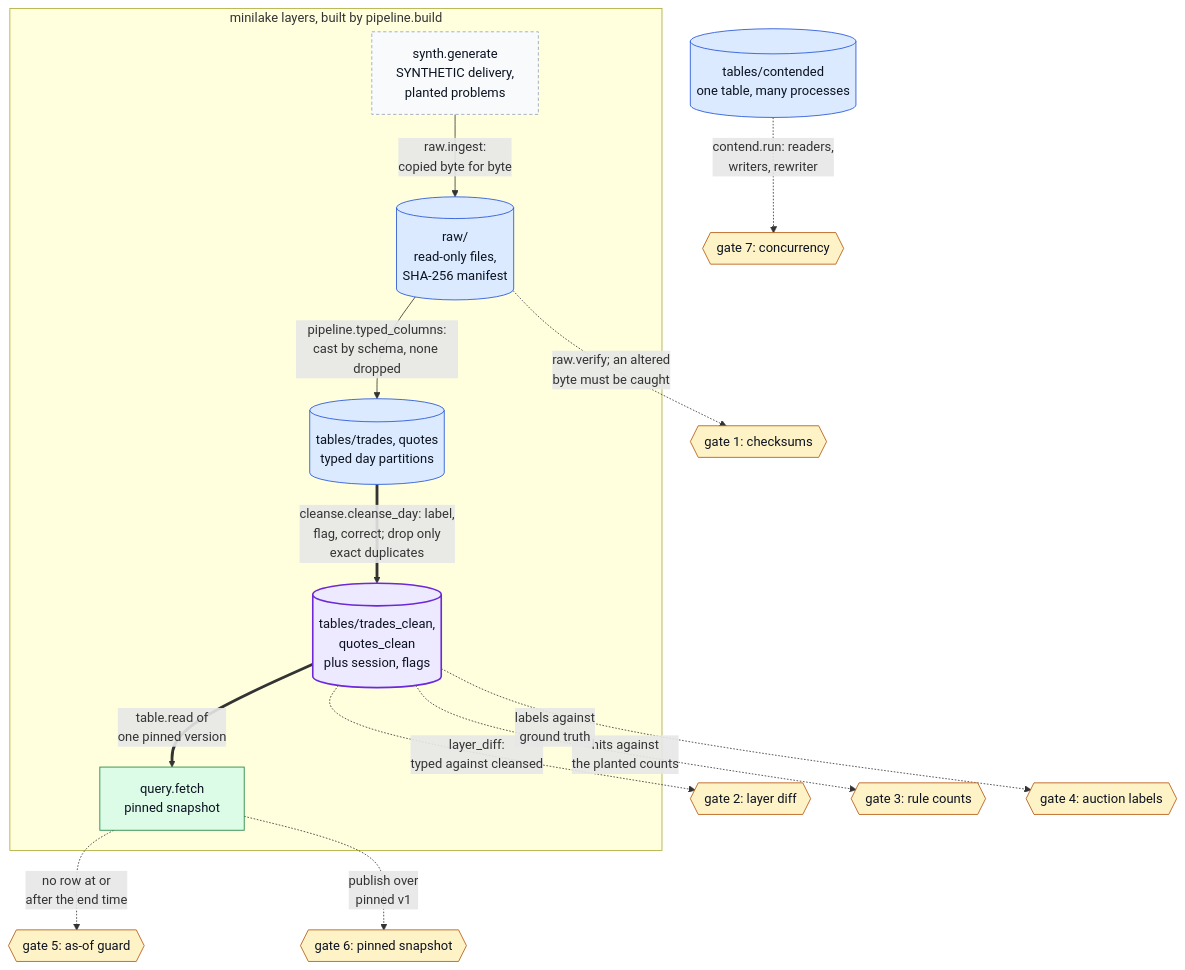
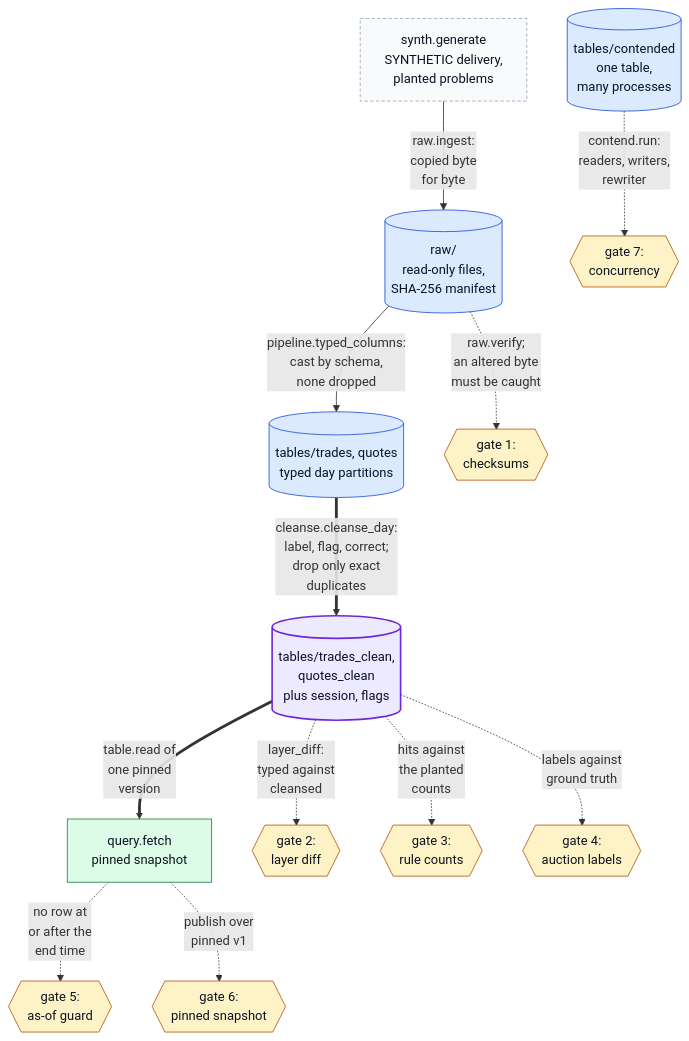
The first of 3 diagrams in README.md (hihihhi/qts-platform-demo), drawn with Mermaid before and after one commit. The commit also changed other lines of this file, not shown here.

Commit message:
docs: make diagrams legible at README width

````diff
--- a/README.md
+++ b/README.md
@@ -22,40 +23,38 @@
 ```mermaid
 flowchart TB
-    subgraph lake["minilake layers, built by pipeline.build"]
-        syn["synth.generate<br/>SYNTHETIC delivery,<br/>planted problems"]
-        raw[("raw/<br/>read-only files,<br/>SHA-256 manifest")]
-        typ[("tables/trades, quotes<br/>typed day partitions")]
-        cln[("tables/trades_clean,<br/>quotes_clean<br/>plus session, flags")]
-        q["query.fetch<br/>pinned snapshot"]
-    end
-    ct[("tables/contended<br/>one table, many processes")]
-    g1{{"gate 1: checksums"}}
-    g2{{"gate 2: layer diff"}}
-    g3{{"gate 3: rule counts"}}
-    g4{{"gate 4: auction labels"}}
-    g5{{"gate 5: as-of guard"}}
-    g6{{"gate 6: pinned snapshot"}}
-    g7{{"gate 7: concurrency"}}
-    syn -->|"raw.ingest:<br/>copied byte for byte"| raw
-    raw -->|"pipeline.typed_columns:<br/>cast by schema, none dropped"| typ
-    typ ==>|"cleanse.cleanse_day: label,<br/>flag, correct; drop only<br/>exact duplicates"| cln
-    cln ==>|"table.read of<br/>one pinned version"| q
-    raw -.->|"raw.verify; an altered<br/>byte must be caught"| g1
-    cln -.->|"layer_diff:<br/>typed against cleansed"| g2
-    cln -.->|"hits against<br/>the planted counts"| g3
+    syn["synth.generate<br/>SYNTHETIC delivery,<br/>planted problems"]
+    raw[("raw/<br/>read-only files,<br/>SHA-256 manifest")]
+    typ[("tables/trades, quotes<br/>typed day partitions")]
+    cln[("tables/trades_clean,<br/>quotes_clean<br/>plus session, flags")]
+    q["query.fetch<br/>pinned snapshot"]
+    ct[("tables/contended<br/>one table,<br/>many processes")]
+    g1{{"gate 1:<br/>checksums"}}
+    g2{{"gate 2:<br/>layer diff"}}
+    g3{{"gate 3:<br/>rule counts"}}
+    g4{{"gate 4:<br/>auction labels"}}
+    g5{{"gate 5:<br/>as-of guard"}}
+    g6{{"gate 6:<br/>pinned snapshot"}}
+    g7{{"gate 7:<br/>concurrency"}}
+    syn -->|"raw.ingest:<br/>copied byte<br/>for byte"| raw
+    raw -->|"pipeline.typed_columns:<br/>cast by schema,<br/>none dropped"| typ
+    typ ==>|"cleanse.cleanse_day:<br/>label, flag, correct;<br/>drop only exact<br/>duplicates"| cln
+    cln ==>|"table.read of<br/>one pinned<br/>version"| q
+    raw -.->|"raw.verify;<br/>an altered byte<br/>must be caught"| g1
+    cln -.->|"layer_diff:<br/>typed against<br/>cleansed"| g2
+    cln -.->|"hits against<br/>the planted<br/>counts"| g3
     cln -.->|"labels against<br/>ground truth"| g4
-    q -.->|"no row at or<br/>after the end time"| g5
+    q -.->|"no row at<br/>or after the<br/>end time"| g5
     q -.->|"publish over<br/>pinned v1"| g6
-    ct -.->|"contend.run: readers,<br/>writers, rewriter"| g7
+    ct -.->|"contend.run:<br/>readers, writers,<br/>rewriter"| g7
     classDef data fill:#dbeafe,stroke:#1d4ed8,color:#0b1220
     classDef step fill:#f1f5f9,stroke:#475569,color:#0b1220
     classDef gate fill:#fef3c7,stroke:#b45309,color:#0b1220
     classDef out  fill:#dcfce7,stroke:#15803d,color:#0b1220
     classDef ext  fill:#f8fafc,stroke:#94a3b8,color:#0b1220,stroke-dasharray:4 3
     classDef key  fill:#ede9fe,stroke:#6d28d9,color:#0b1220,stroke-width:2px
     class syn ext
     class raw,typ,ct data
     class cln key
     class q out
     class g1,g2,g3,g4,g5,g6,g7 gate
 ```
````
